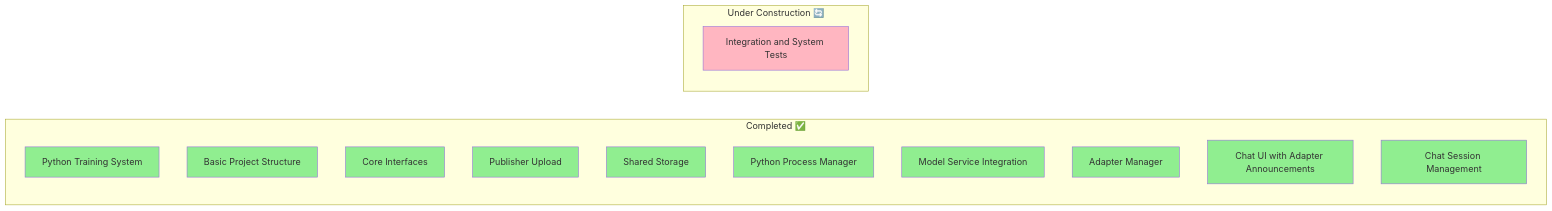
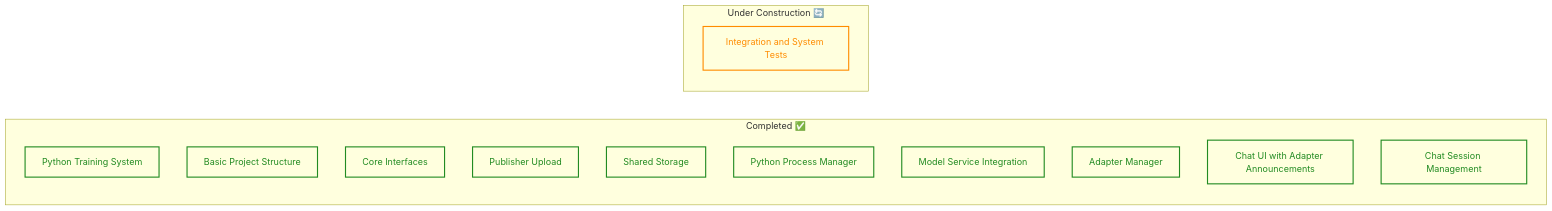
Before and after one commit to gsinghjay/LLMAdapterClient: the third of 8 diagrams in STORY.md, drawn with Mermaid. The commit also changed other lines of this file, not shown here.

Commit message:
docs(diagrams): align mermaid diagrams with project styling standards

````diff
--- a/STORY.md
+++ b/STORY.md
@@ -102,31 +114,27 @@
 ```mermaid
-graph LR
+flowchart LR
+    %% Project status overview
     subgraph "Completed ✅"
         A[Python Training System]
         B[Basic Project Structure]
         C[Core Interfaces]
         D[Publisher Upload]
         E[Shared Storage]
         F[Python Process Manager]
         G[Model Service Integration]
         H[Adapter Manager]
         I[Chat UI with Adapter Announcements]
         J[Chat Session Management]
     end
     
     subgraph "Under Construction 🔄"
         K[Integration and System Tests]
     end
     
-    style A fill:#90EE90
-    style B fill:#90EE90
-    style C fill:#90EE90
-    style D fill:#90EE90
-    style E fill:#90EE90
-    style F fill:#90EE90
-    style G fill:#90EE90
-    style H fill:#90EE90
-    style I fill:#90EE90
-    style J fill:#90EE90
-    style K fill:#FFB6C1
+    %% Apply styling according to standards
+    classDef completed fill:transparent,stroke:#228B22,color:#228B22,stroke-width:2px,fontFamily:Arial,sans-serif,fontSize:14px
+    classDef inProgress fill:transparent,stroke:#FF8C00,color:#FF8C00,stroke-width:2px,fontFamily:Arial,sans-serif,fontSize:14px
+    
+    class A,B,C,D,E,F,G,H,I,J completed
+    class K inProgress
 ```
````
